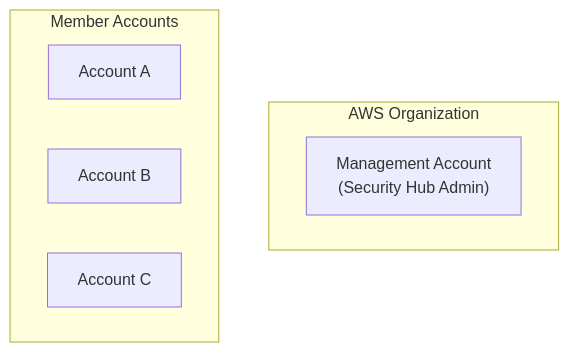
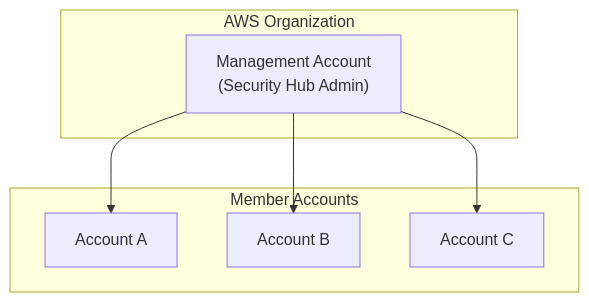
The second of 3 diagrams in domain_1_detection/security_hub.md (Root-Shells/aws_scs_udemy), drawn with Mermaid before and after one commit. The commit also changed other lines of this file and 7 other files, not shown here.

````diff
--- a/domain_1_detection/security_hub.md
+++ b/domain_1_detection/security_hub.md
@@ -49,12 +43,16 @@
 ```mermaid
 flowchart TB
     subgraph Org [AWS Organization]
         Admin["Management Account<br>(Security Hub Admin)"]
     end
     
     subgraph Accounts [Member Accounts]
         A1["Account A"]
         A2["Account B"]
         A3["Account C"]
     end
+    
+    Admin --> A1
+    Admin --> A2
+    Admin --> A3
 ```
````
